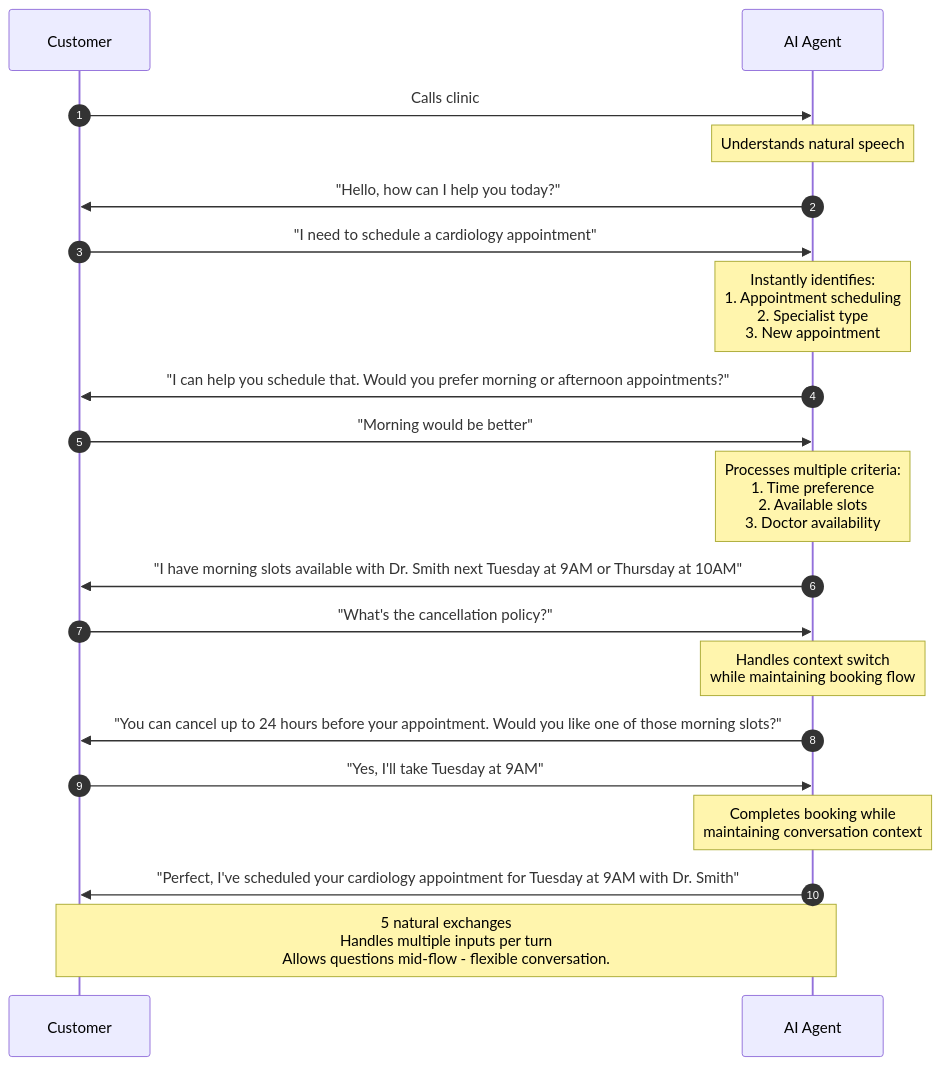
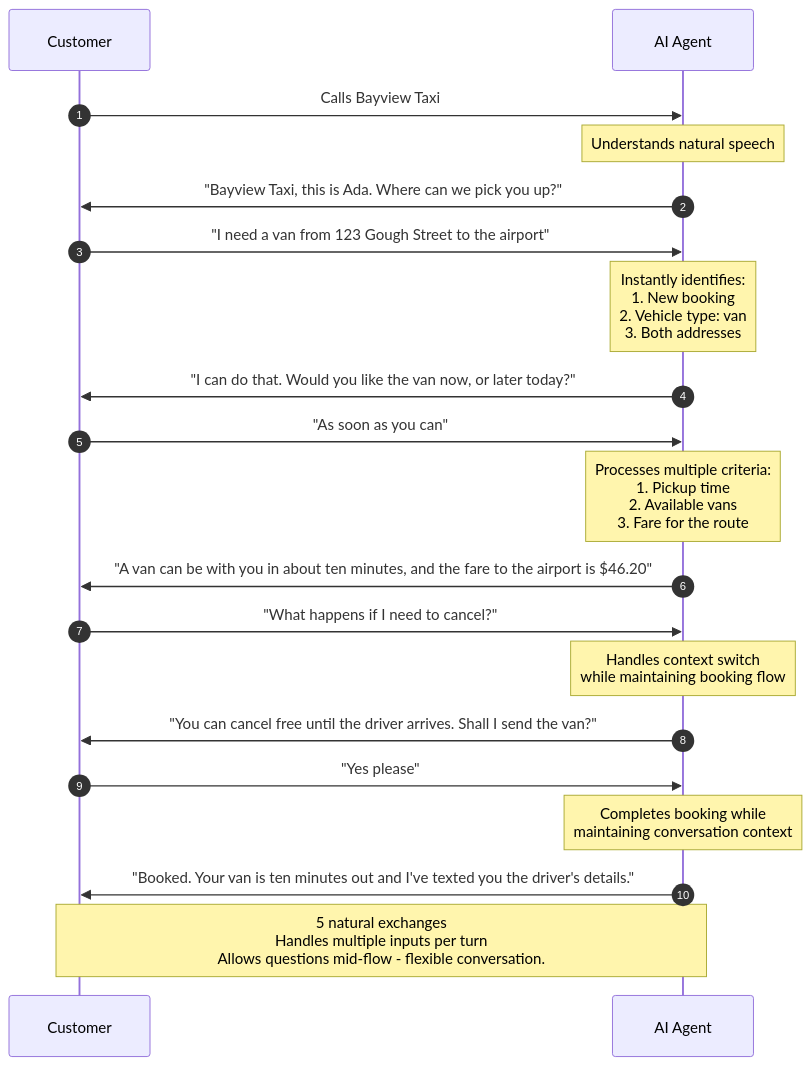
One commit to signalwire/docs changed the fourth of 9 diagrams in fern/products/platform/pages/ai/get-started/capabilities/index.mdx. Above: the diagram before and after it, drawn with Mermaid. The commit also changed other lines of this file and 8 other files, not shown here.

````diff
--- a/fern/products/platform/pages/ai/get-started/capabilities/index.mdx
+++ b/fern/products/platform/pages/ai/get-started/capabilities/index.mdx
@@ -133,22 +143,22 @@
 ```mermaid
 sequenceDiagram
     autonumber
     participant C as Customer
     participant A as AI Agent
-    C->>A: Calls clinic
+    C->>A: Calls Bayview Taxi
     Note over A: Understands natural speech
-    A->>C: "Hello, how can I help you today?"
-    C->>A: "I need to schedule a cardiology appointment"
-    Note over A: Instantly identifies:<br/>1. Appointment scheduling<br/>2. Specialist type<br/>3. New appointment
-    A->>C: "I can help you schedule that. Would you prefer morning or afternoon appointments?"
-    C->>A: "Morning would be better"
-    Note over A: Processes multiple criteria:<br/>1. Time preference<br/>2. Available slots<br/>3. Doctor availability
-    A->>C: "I have morning slots available with Dr. Smith next Tuesday at 9AM or Thursday at 10AM"
-    C->>A: "What's the cancellation policy?"
+    A->>C: "Bayview Taxi, this is Ada. Where can we pick you up?"
+    C->>A: "I need a van from 123 Gough Street to the airport"
+    Note over A: Instantly identifies:<br/>1. New booking<br/>2. Vehicle type: van<br/>3. Both addresses
+    A->>C: "I can do that. Would you like the van now, or later today?"
+    C->>A: "As soon as you can"
+    Note over A: Processes multiple criteria:<br/>1. Pickup time<br/>2. Available vans<br/>3. Fare for the route
+    A->>C: "A van can be with you in about ten minutes, and the fare to the airport is $46.20"
+    C->>A: "What happens if I need to cancel?"
     Note over A: Handles context switch<br/>while maintaining booking flow
-    A->>C: "You can cancel up to 24 hours before your appointment. Would you like one of those morning slots?"
-    C->>A: "Yes, I'll take Tuesday at 9AM"
+    A->>C: "You can cancel free until the driver arrives. Shall I send the van?"
+    C->>A: "Yes please"
     Note over A: Completes booking while<br/>maintaining conversation context
-    A->>C: "Perfect, I've scheduled your cardiology appointment for Tuesday at 9AM with Dr. Smith"
+    A->>C: "Booked. Your van is ten minutes out and I've texted you the driver's details."
     Note over C,A: 5 natural exchanges<br/>Handles multiple inputs per turn<br/>Allows questions mid-flow - flexible conversation.
 ```
````
